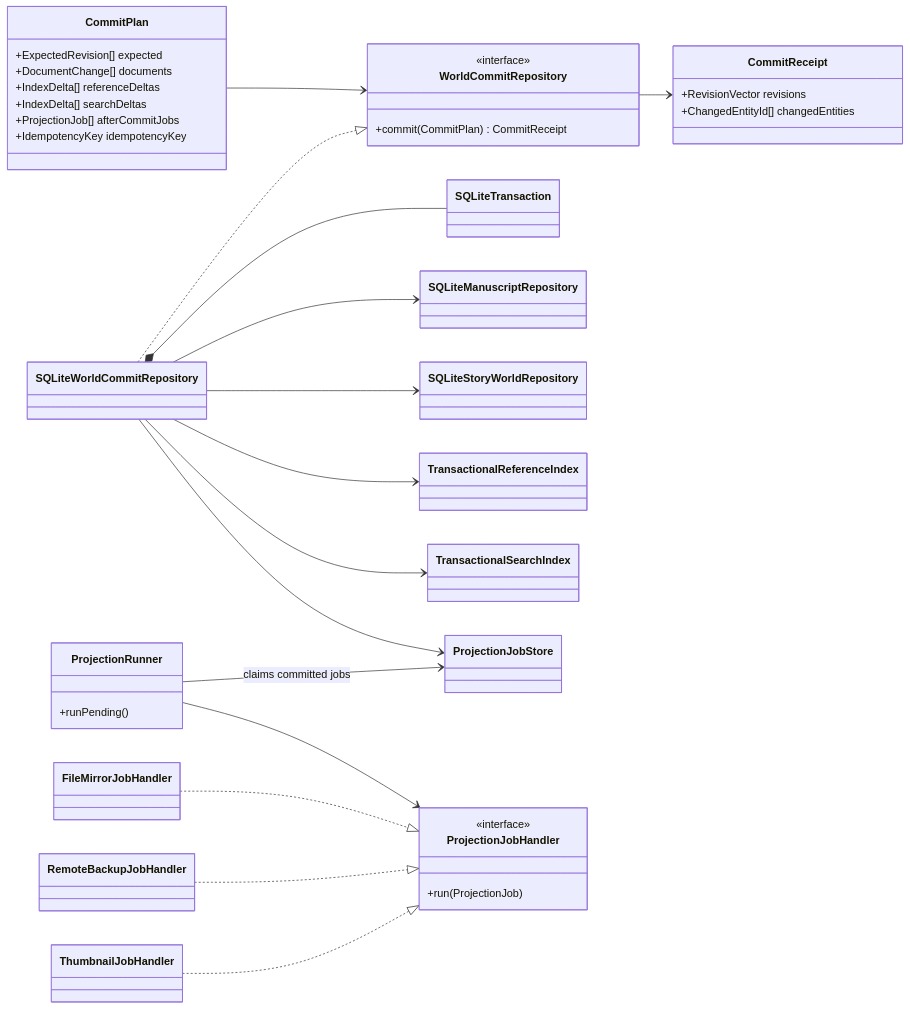
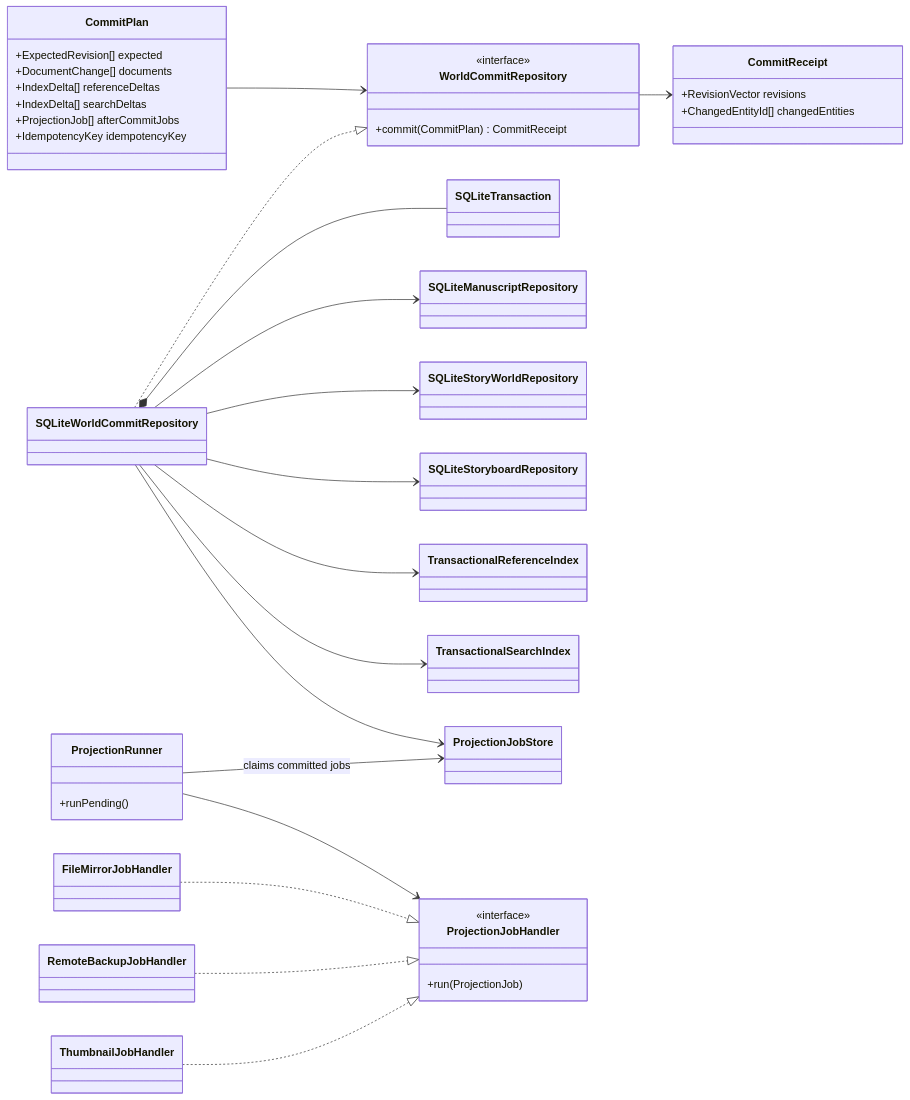
Before and after one commit to Tim3399/quiltor: the fourth of 5 diagrams in docs/architecture/views/application-and-persistence.md, drawn with Mermaid. The commit also changed other lines of this file and 280 other files, not shown here.

Commit message:
feat: add storyboard planning and shared graph editing

````diff
--- a/docs/architecture/views/application-and-persistence.md
+++ b/docs/architecture/views/application-and-persistence.md
@@ -191,53 +210,55 @@
 ```mermaid
 classDiagram
 direction LR
 
 class CommitPlan {
   +ExpectedRevision[] expected
   +DocumentChange[] documents
   +IndexDelta[] referenceDeltas
   +IndexDelta[] searchDeltas
   +ProjectionJob[] afterCommitJobs
   +IdempotencyKey idempotencyKey
 }
 class CommitReceipt {
   +RevisionVector revisions
   +ChangedEntityId[] changedEntities
 }
 class WorldCommitRepository {
   <<interface>>
   +commit(CommitPlan) CommitReceipt
 }
 class SQLiteWorldCommitRepository
 class SQLiteTransaction
 class SQLiteManuscriptRepository
 class SQLiteStoryWorldRepository
+class SQLiteStoryboardRepository
 class TransactionalReferenceIndex
 class TransactionalSearchIndex
 class ProjectionJobStore
 class ProjectionRunner {
   +runPending()
 }
 class ProjectionJobHandler {
   <<interface>>
   +run(ProjectionJob)
 }
 class FileMirrorJobHandler
 class RemoteBackupJobHandler
 class ThumbnailJobHandler
 
 SQLiteWorldCommitRepository ..|> WorldCommitRepository
 SQLiteWorldCommitRepository *-- SQLiteTransaction
 SQLiteWorldCommitRepository --> SQLiteManuscriptRepository
 SQLiteWorldCommitRepository --> SQLiteStoryWorldRepository
+SQLiteWorldCommitRepository --> SQLiteStoryboardRepository
 SQLiteWorldCommitRepository --> TransactionalReferenceIndex
 SQLiteWorldCommitRepository --> TransactionalSearchIndex
 SQLiteWorldCommitRepository --> ProjectionJobStore
 CommitPlan --> WorldCommitRepository
 WorldCommitRepository --> CommitReceipt
 ProjectionRunner --> ProjectionJobStore : claims committed jobs
 ProjectionRunner --> ProjectionJobHandler
 FileMirrorJobHandler ..|> ProjectionJobHandler
 RemoteBackupJobHandler ..|> ProjectionJobHandler
 ThumbnailJobHandler ..|> ProjectionJobHandler
 ```
````
